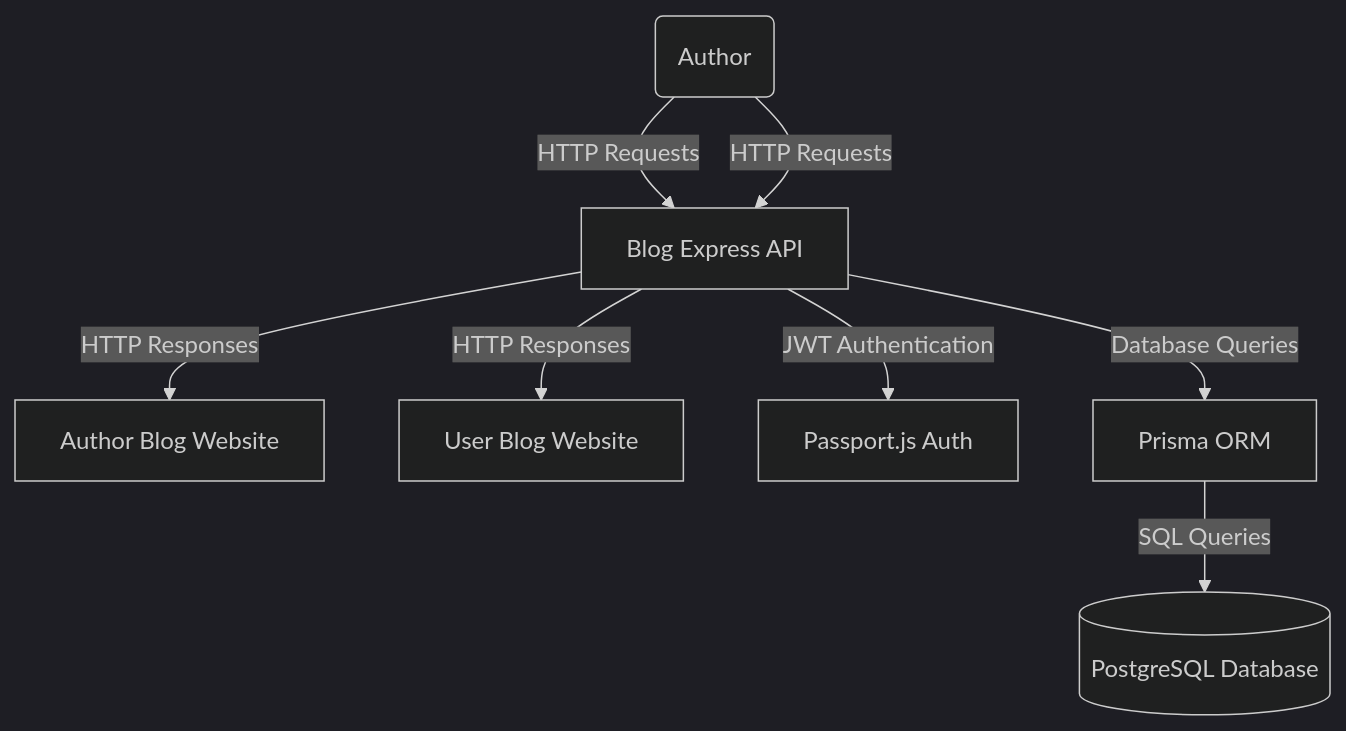
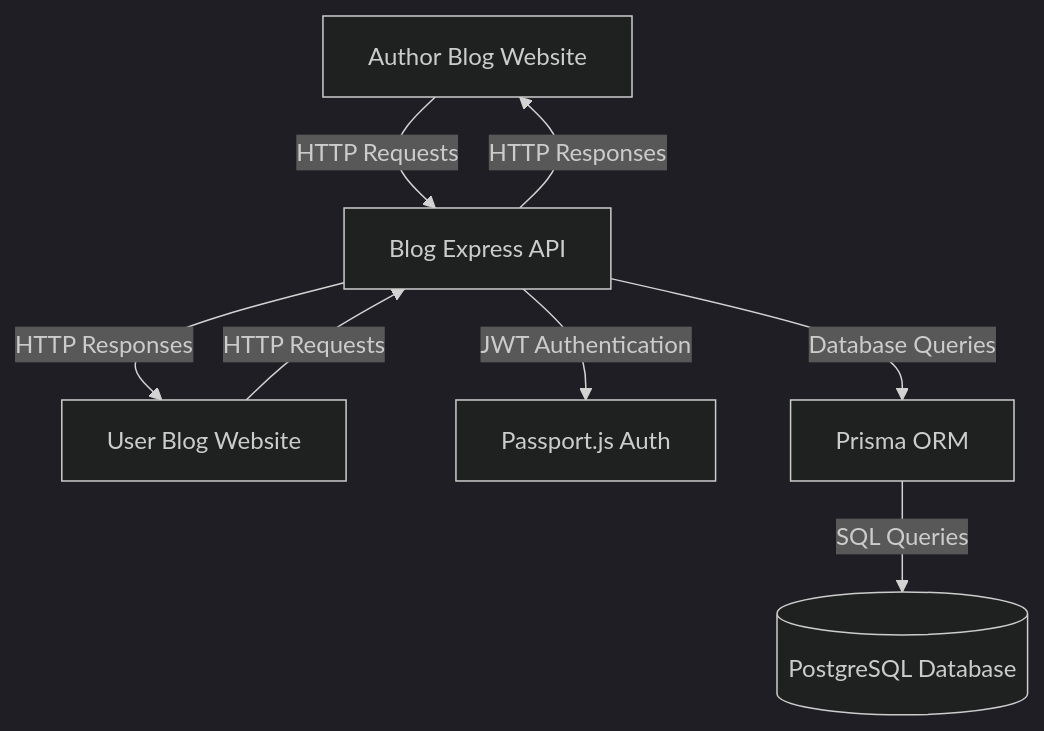
Before and after one commit to dayercher005/Blog-API-Backend: the diagram in README.md, drawn with Mermaid.

Commit message:
fix: fixing mermaid cli

````diff
--- a/README.md
+++ b/README.md
@@ -63,23 +63,23 @@
 ```mermaid
 ---
 config: 
     theme: 'dark'
 ---
 
 graph TB
     AuthorClient[Author Blog Website]
     UserClient[User Blog Website]
     Server[Blog Express API]
     Database[(PostgreSQL Database)]
     Passport[Passport.js Auth]
     Prisma[Prisma ORM]
     
-    Client(User) --> |HTTP Requests| Server
-    Client(Author) -->|HTTP Requests| Server
+    AuthorClient --> |HTTP Requests| Server
+    UserClient -->|HTTP Requests| Server
     Server -->|JWT Authentication| Passport
     Server -->|Database Queries| Prisma
     Prisma -->|SQL Queries| Database
     Server -->|HTTP Responses| AuthorClient
     Server -->|HTTP Responses| UserClient
 
 ```
````
